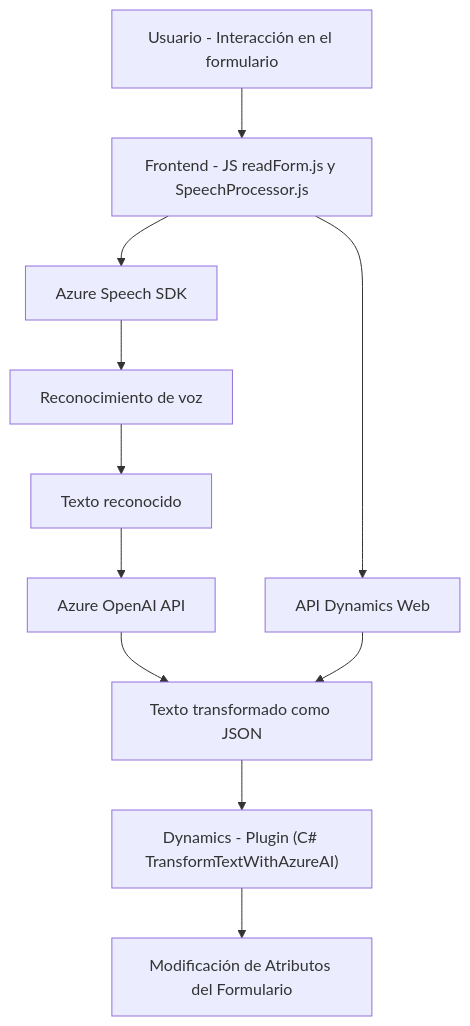
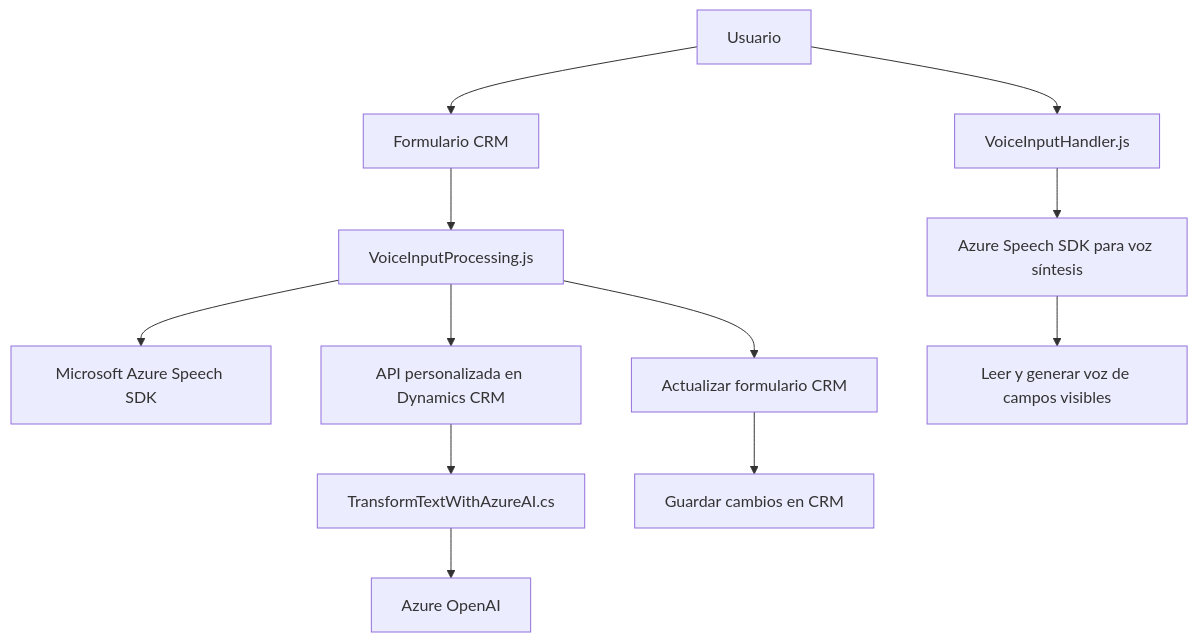
One commit to blopezdm/NETCORE_BILBAO2025 changed the diagram in README.md. Above: the diagram before and after it, drawn with Mermaid. The commit also changed other lines of this file, not shown here.

Commit message:
Actualizar análisis global de la solución con IA

````diff
--- a/README.md
+++ b/README.md
@@ -40,13 +42,14 @@
 ```mermaid
 graph TD
-A["Usuario - Interacción en el formulario"] --> B["Frontend - JS readForm.js y SpeechProcessor.js"]
-B --> C["Azure Speech SDK"]
-B --> D["API Dynamics Web"]
-C --> E["Reconocimiento de voz"]
-E --> F["Texto reconocido"]
-F --> G["Azure OpenAI API"]
-G --> H["Texto transformado como JSON"]
-D --> H
-H --> I["Dynamics - Plugin (C# TransformTextWithAzureAI)"]
-I --> J["Modificación de Atributos del Formulario"]
+  A["Usuario"] --> B["Formulario CRM"]
+  B --> C["VoiceInputProcessing.js"]
+  C --> D["Microsoft Azure Speech SDK"]
+  C --> E["API personalizada en Dynamics CRM"]
+  E --> F["TransformTextWithAzureAI.cs"]
+  F --> G["Azure OpenAI"]
+  C --> H["Actualizar formulario CRM"]
+  A --> I["VoiceInputHandler.js"]
+  I --> J["Azure Speech SDK para voz síntesis"]
+  J --> K["Leer y generar voz de campos visibles"]
+  H --> L["Guardar cambios en CRM"]
 ```
````
